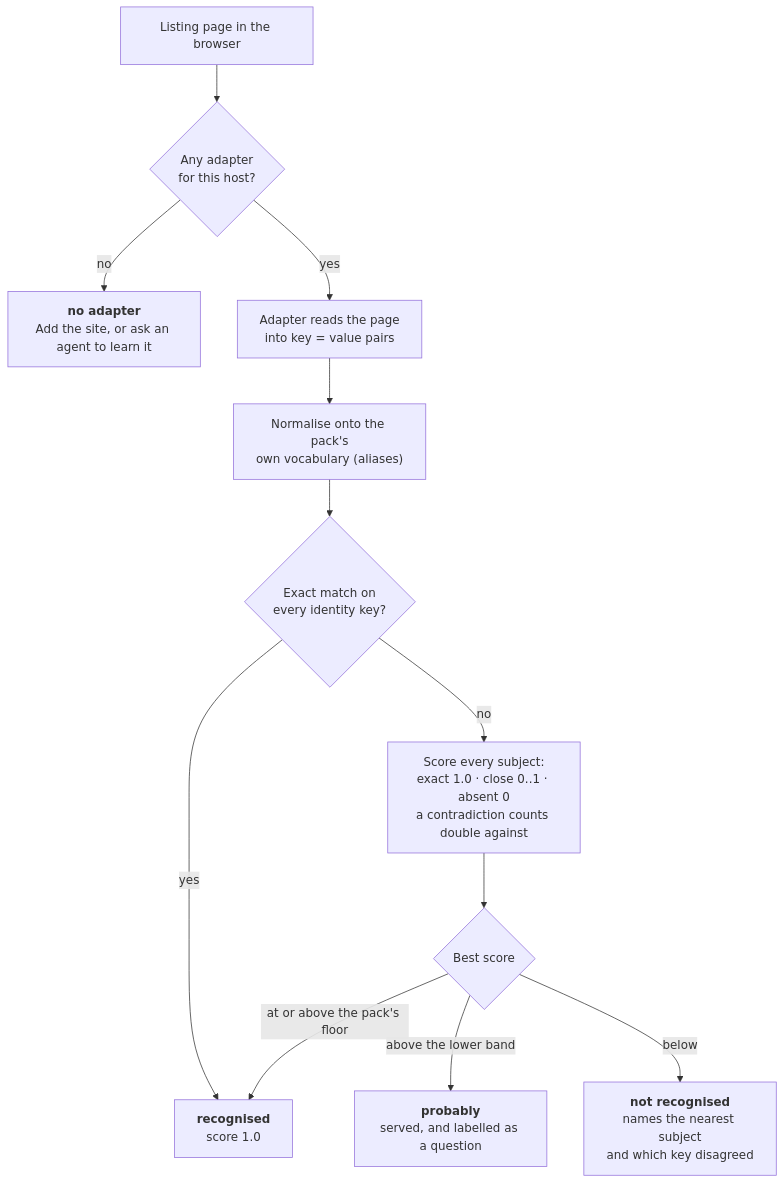
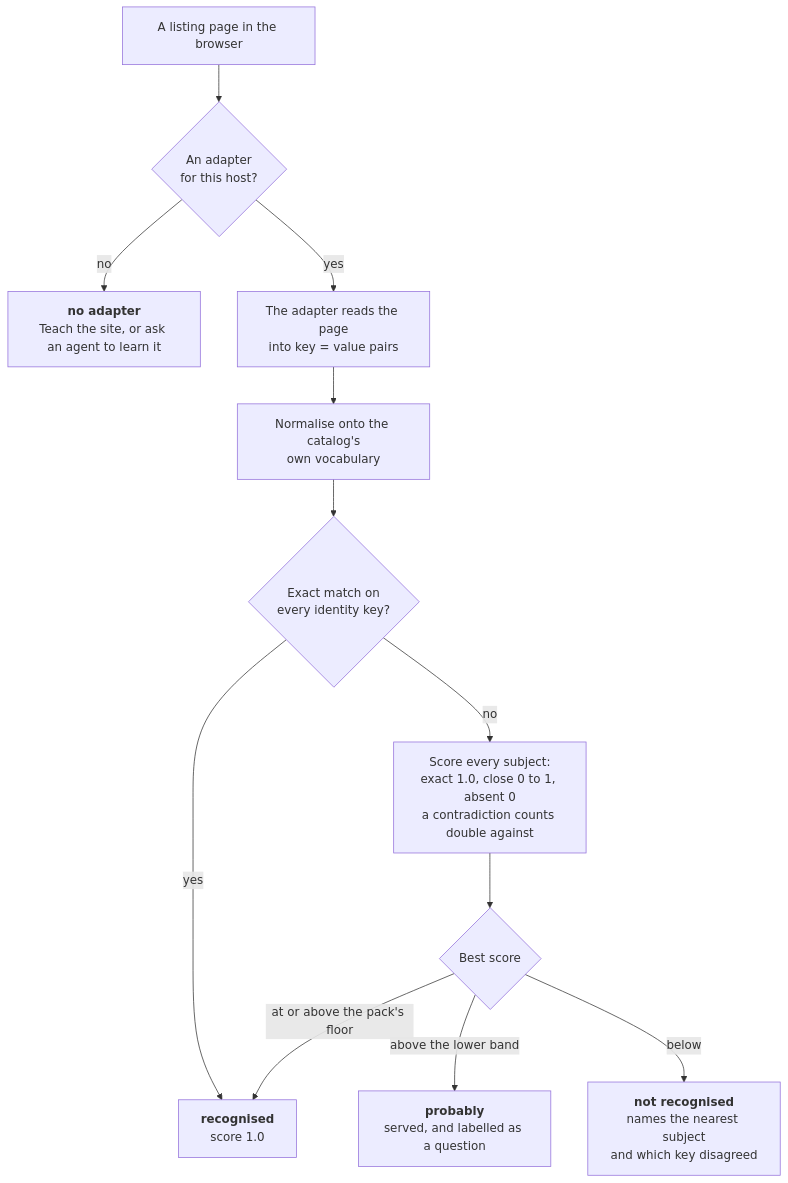
Before and after one commit to Berbadov/kriko: the first of 4 diagrams in docs/HOW_IT_WORKS.md, drawn with Mermaid. The commit also changed other lines of this file and 15 other files, not shown here.

First line of the commit message:
docs: make every document model, agent and product agnostic

````diff
--- a/docs/HOW_IT_WORKS.md
+++ b/docs/HOW_IT_WORKS.md
@@ -6,14 +7,14 @@
 ```mermaid
 flowchart TD
-    A["Listing page in the browser"] --> B{"Any adapter<br/>for this host?"}
-    B -- no --> B1["<b>no adapter</b><br/>Add the site, or ask an agent to learn it"]
-    B -- yes --> C["Adapter reads the page<br/>into key = value pairs"]
-    C --> D["Normalise onto the pack's<br/>own vocabulary (aliases)"]
+    A["A listing page in the browser"] --> B{"An adapter<br/>for this host?"}
+    B -- no --> B1["<b>no adapter</b><br/>Teach the site, or ask an agent to learn it"]
+    B -- yes --> C["The adapter reads the page<br/>into key = value pairs"]
+    C --> D["Normalise onto the catalog's<br/>own vocabulary"]
     D --> E{"Exact match on<br/>every identity key?"}
     E -- yes --> F["<b>recognised</b><br/>score 1.0"]
-    E -- no --> G["Score every subject:<br/>exact 1.0 · close 0..1 · absent 0<br/>a contradiction counts double against"]
+    E -- no --> G["Score every subject:<br/>exact 1.0, close 0 to 1, absent 0<br/>a contradiction counts double against"]
     G --> H{"Best score"}
     H -- "at or above the pack's floor" --> F
     H -- "above the lower band" --> I["<b>probably</b><br/>served, and labelled as a question"]
     H -- below --> J["<b>not recognised</b><br/>names the nearest subject<br/>and which key disagreed"]
 ```
````
